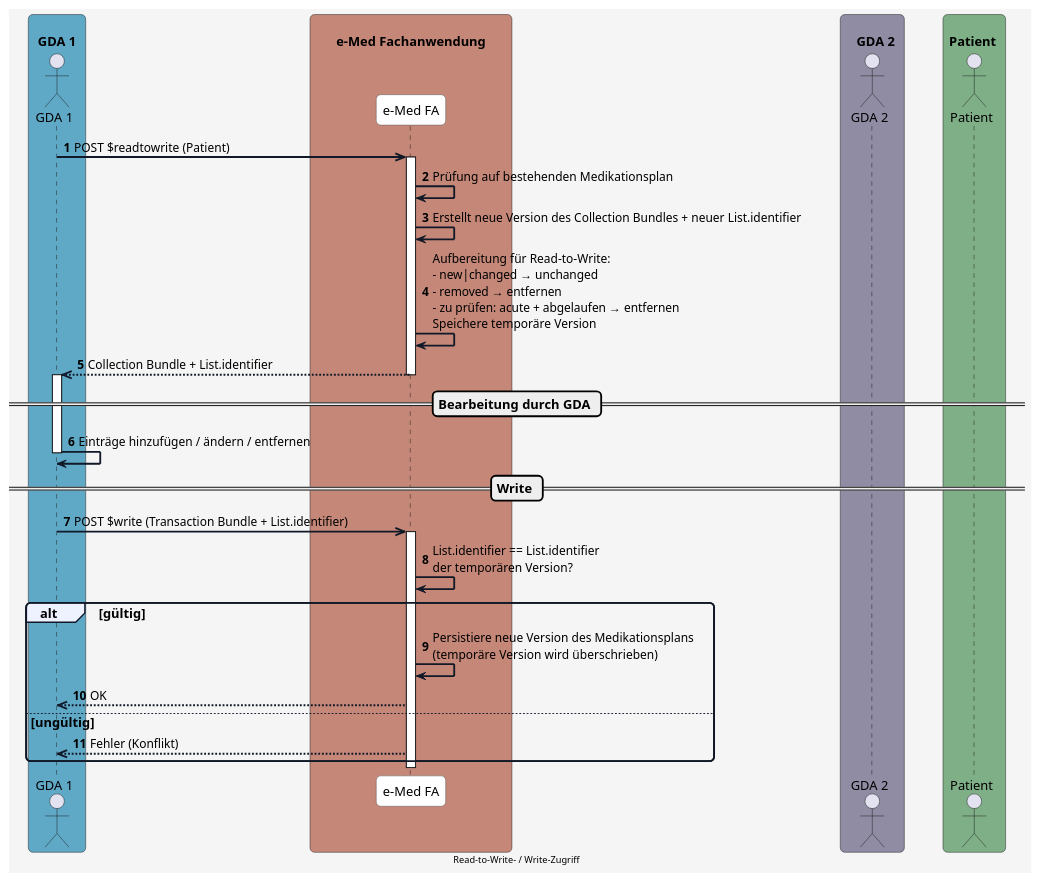
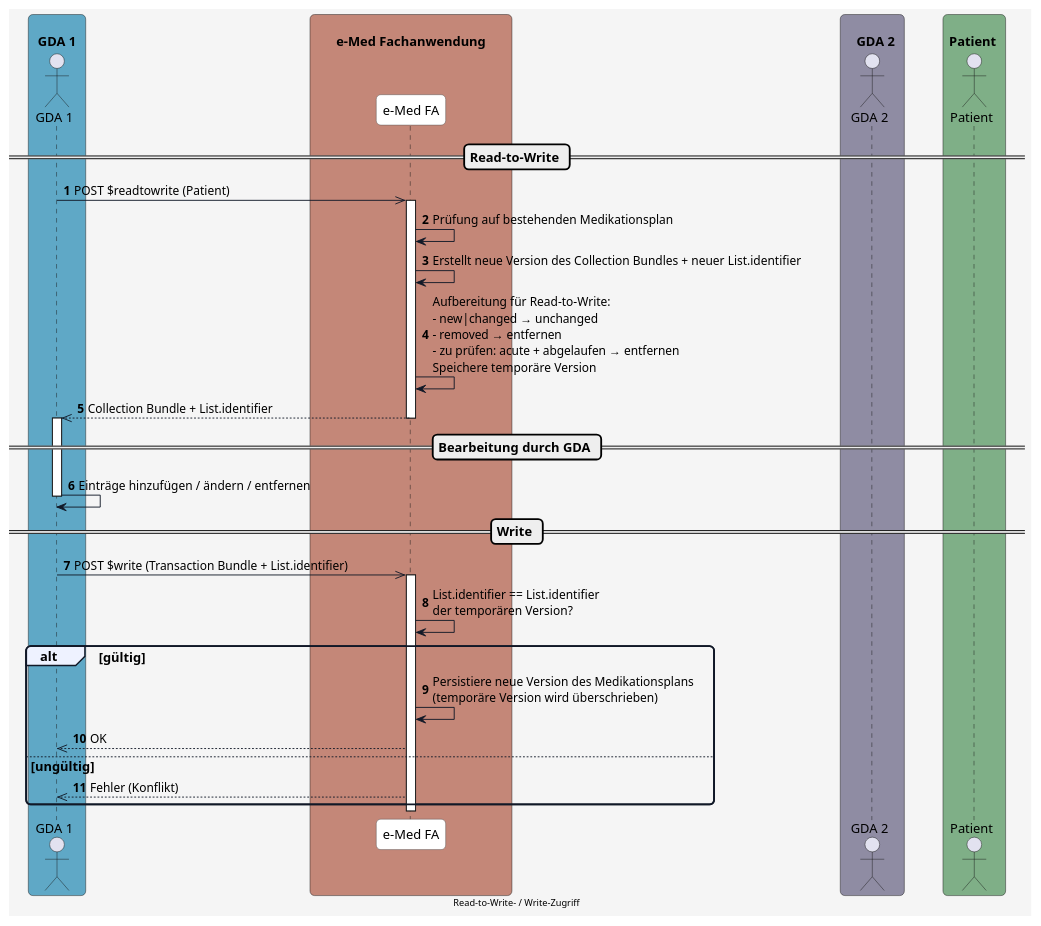
Before and after one commit to HL7Austria/ELGA-e-Medikation-R4: the diagram in input/images-source/diagram_readtowrite.plantuml, drawn with PlantUML. The commit also changed 7 other files, not shown here.

```diff
--- a/input/images-source/diagram_readtowrite.plantuml
+++ b/input/images-source/diagram_readtowrite.plantuml
@@ -1,99 +1,99 @@
 @startuml
 skinparam borderColor #000000
 skinparam backgroundColor #f5f5f5
 skinparam shadowing false
 skinparam roundCorner 10
 skinparam defaultFontName "Arial"
 skinparam defaultFontSize 14
 skinparam defaultFontColor #000000
 
 skinparam note {
   BackgroundColor #e0e5f0-#d1d9e6
   BorderColor #8b95a5
   BorderThickness 1
   RoundCorner 8
   Padding 6
   FontColor #111827
   Shadowing true
 }
 
 skinparam HyperlinkColor #0000EE
 skinparam HyperlinkUnderline false
 
 skinparam sequence {
   ParticipantBorderColor #555555
   ParticipantBackgroundColor #ffffff
   ParticipantFontColor #000000
   ParticipantFontSize 14
   ParticipantPadding 20
   ArrowColor #111827
-  ArrowThickness 2
+  ArrowThickness 1
   ArrowFontColor #000000
   ArrowFontSize 13
   GroupBorderColor #111827
   GroupBackgroundColor #eef2ff
   GroupBorderThickness 2
-  GroupFontStyle bold
 }
 
 skinparam BoxPadding 20
 skinparam BoxBorderColor #555555
 
 box "\n  GDA 1  " #5FA8C6
   actor GDA_1 as "GDA 1"
 end box
 
 box "\n       e-Med Fachanwendung       " #C48778
   participant eMed_FA as "e-Med FA"
 end box
 
 box "\n    GDA 2  " #8F8CA3
   actor GDA_2 as "GDA 2"
 end box
 
 box "\n Patient  " #7FAF87
   actor Patient as "Patient"
 end box
 
 
 autonumber
 
  
+== Read-to-Write ==
 
 GDA_1 ->> eMed_FA: POST $readtowrite (Patient)
 
 activate eMed_FA
 eMed_FA -> eMed_FA: Prüfung auf bestehenden Medikationsplan
 eMed_FA -> eMed_FA: Erstellt neue Version des Collection Bundles + neuer List.identifier
 eMed_FA -> eMed_FA: Aufbereitung für Read-to-Write:\n- new|changed → unchanged\n- removed → entfernen\n- zu prüfen: acute + abgelaufen → entfernen\nSpeichere temporäre Version
 
 eMed_FA -->> GDA_1: Collection Bundle + List.identifier
 deactivate eMed_FA
 
 == Bearbeitung durch GDA ==
 
 activate GDA_1
 GDA_1 -> GDA_1: Einträge hinzufügen / ändern / entfernen
 deactivate GDA_1
 
 == Write ==
 
 GDA_1 ->> eMed_FA: POST $write (Transaction Bundle + List.identifier)
 
 activate eMed_FA
 eMed_FA -> eMed_FA: List.identifier == List.identifier\nder temporären Version?
 
 alt gültig
   eMed_FA -> eMed_FA: Persistiere neue Version des Medikationsplans\n(temporäre Version wird überschrieben)
   eMed_FA -->> GDA_1: OK
 else ungültig
   eMed_FA -->> GDA_1: Fehler (Konflikt)
 end
 
 deactivate eMed_FA
 
 
 center footer Read-to-Write- / Write-Zugriff
 
 
 @enduml
```
